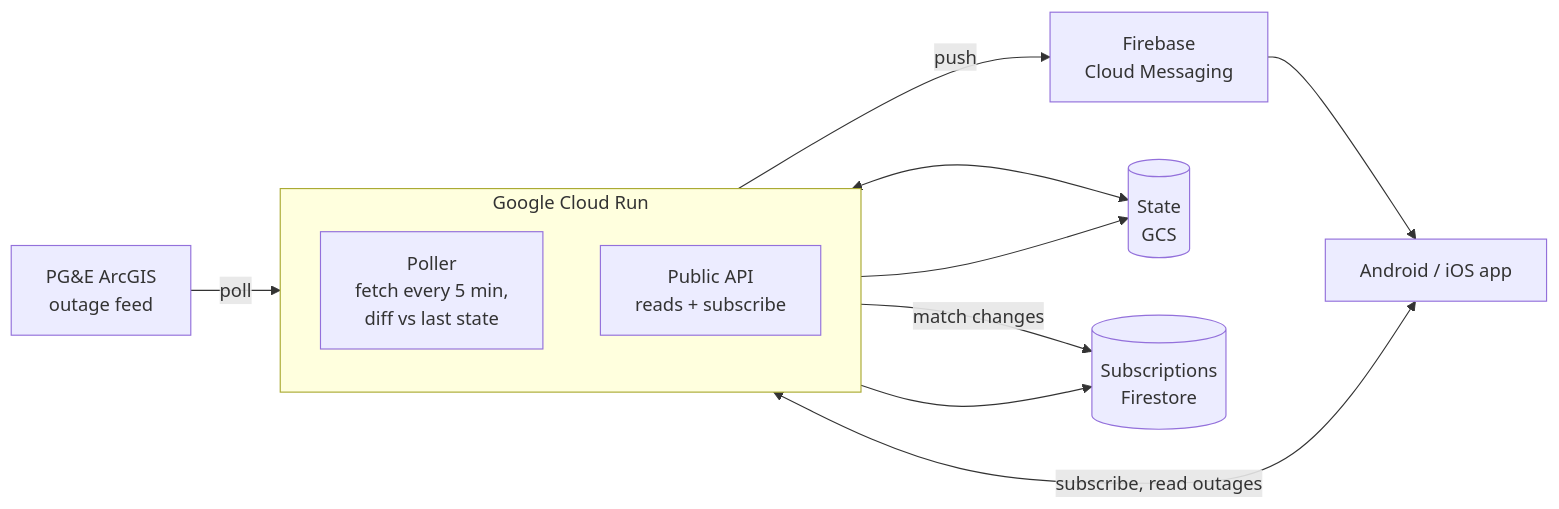
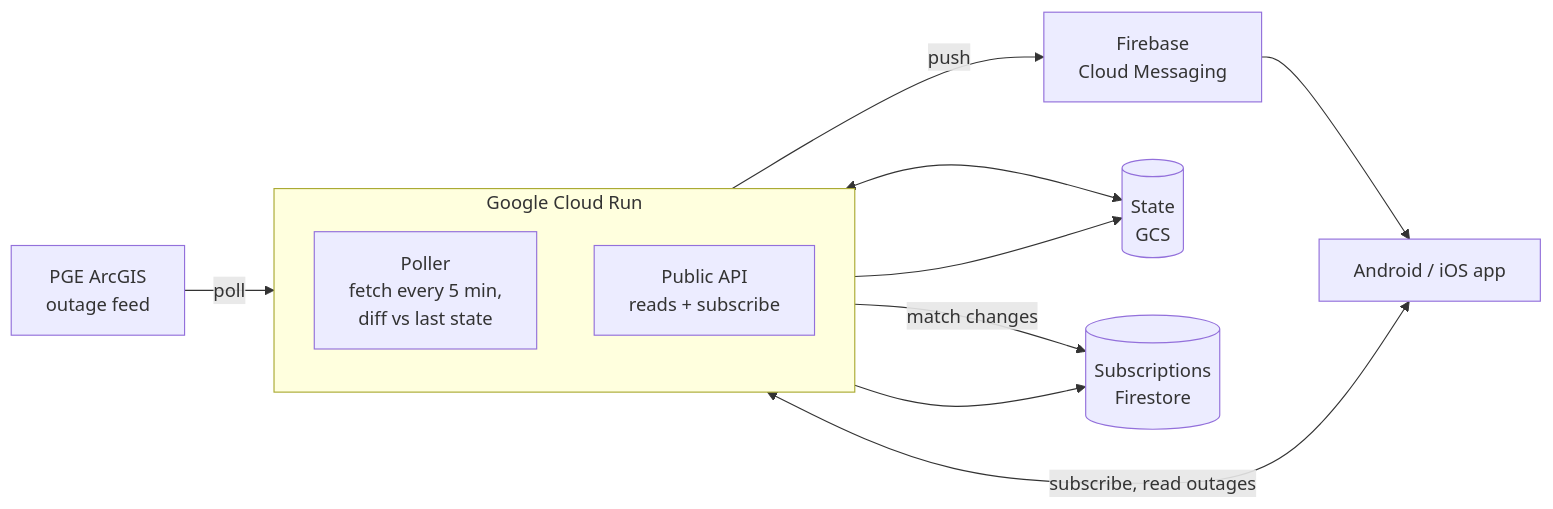
One commit to nicglazkov/outagewatch changed the diagram in README.md. Above: the diagram before and after it, drawn with Mermaid.

Commit message:
docs: drop ampersand in Mermaid node so the diagram renders on GitHub
GitHub's Mermaid double-encodes & inside node labels; "PGE" avoids it.

Claude-Session: https://claude.ai/code/session_01XMfYaBw7SfdEbdBwtp6yqc

````diff
--- a/README.md
+++ b/README.md
@@ -73,22 +73,22 @@
 ```mermaid
 flowchart LR
-    PGE["PG&E ArcGIS<br/>outage feed"]
+    PGE["PGE ArcGIS<br/>outage feed"]
     subgraph cloud ["Google Cloud Run"]
         direction TB
         Poller["Poller<br/>fetch every 5 min,<br/>diff vs last state"]
         API["Public API<br/>reads + subscribe"]
     end
     FCM["Firebase<br/>Cloud Messaging"]
     App["Android / iOS app"]
     GCS[("State<br/>GCS")]
     FS[("Subscriptions<br/>Firestore")]
 
     PGE -->|poll| Poller
     Poller <--> GCS
     Poller -->|match changes| FS
     Poller -->|push| FCM
     FCM --> App
     App <-->|subscribe, read outages| API
     API --> GCS
     API --> FS
 ```
````
